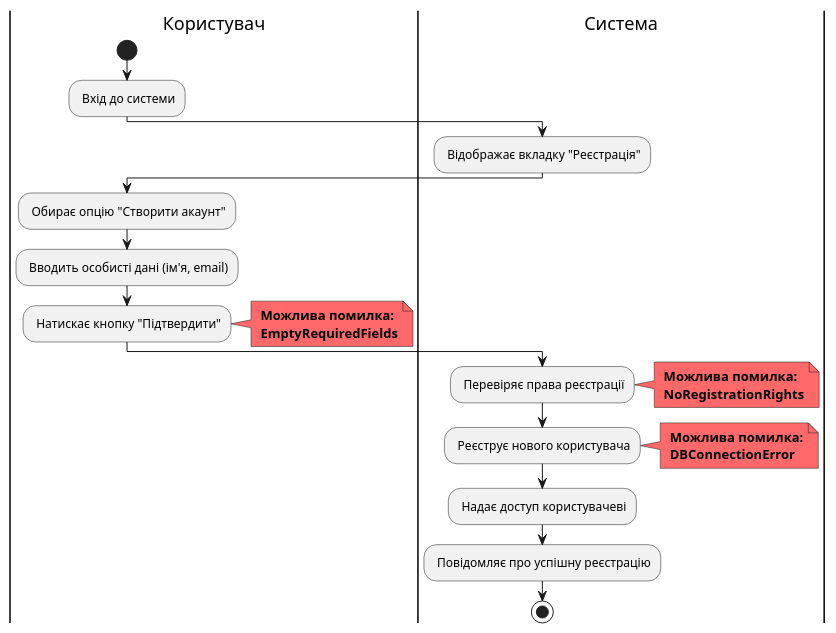
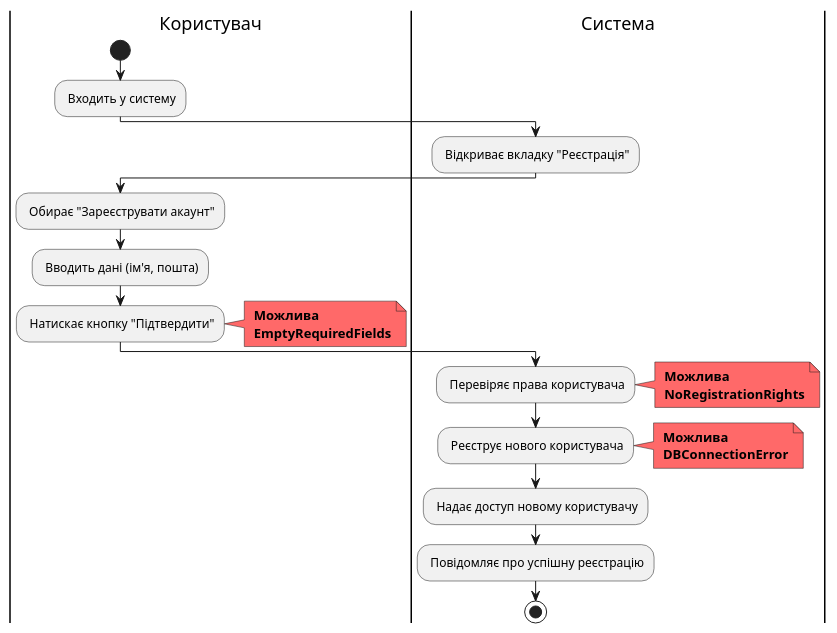
Before and after one commit to tyntyntynnnn/edu_db_labs: the sixth of 14 diagrams in docs/use cases/README.md, drawn with PlantUML. The commit also changed other lines of this file, not shown here.

```diff
--- a/docs/use cases/README.md
+++ b/docs/use cases/README.md
@@ -263,35 +233,35 @@
 @startuml
 
-|Користувач|
-start;
-: Вхід до системи;
-
-|Система|
-    : Відображає вкладку "Реєстрація";
-
-|Користувач|
-: Обирає опцію "Створити акаунт";
-: Вводить особисті дані (ім'я, email);
-: Натискає кнопку "Підтвердити";
-note right #FF6969
-<b> Можлива помилка:
-<b> EmptyRequiredFields
-end note
-
-|Система|
-: Перевіряє права реєстрації;
-note right #FF6969
-<b> Можлива помилка:
-<b> NoRegistrationRights
-end note
-: Реєструє нового користувача;
-note right #FF6969
-<b> Можлива помилка:
-<b> DBConnectionError
-end note
-
-: Надає доступ користувачеві;
-: Повідомляє про успішну реєстрацію;
-stop;
+    |Користувач|
+    start;
+    : Входить у систему;
+    
+    |Система|
+        : Відкриває вкладку "Реєстрація";
+    
+    |Користувач|
+    : Обирає "Зареєструвати акаунт";
+    : Вводить дані (ім'я, пошта);
+    : Натискає кнопку "Підтвердити";
+    note right #FF6969
+    <b> Можлива
+    <b> EmptyRequiredFields
+    end note
+    
+    |Система|
+    : Перевіряє права користувача;
+    note right #FF6969
+    <b> Можлива
+    <b> NoRegistrationRights
+    end note
+    : Реєструє нового користувача;
+    note right #FF6969
+    <b> Можлива
+    <b> DBConnectionError
+    end note
+    
+    : Надає доступ новому користувачу;
+    : Повідомляє про успішну реєстрацію;
+    stop;
 
 @enduml
```
